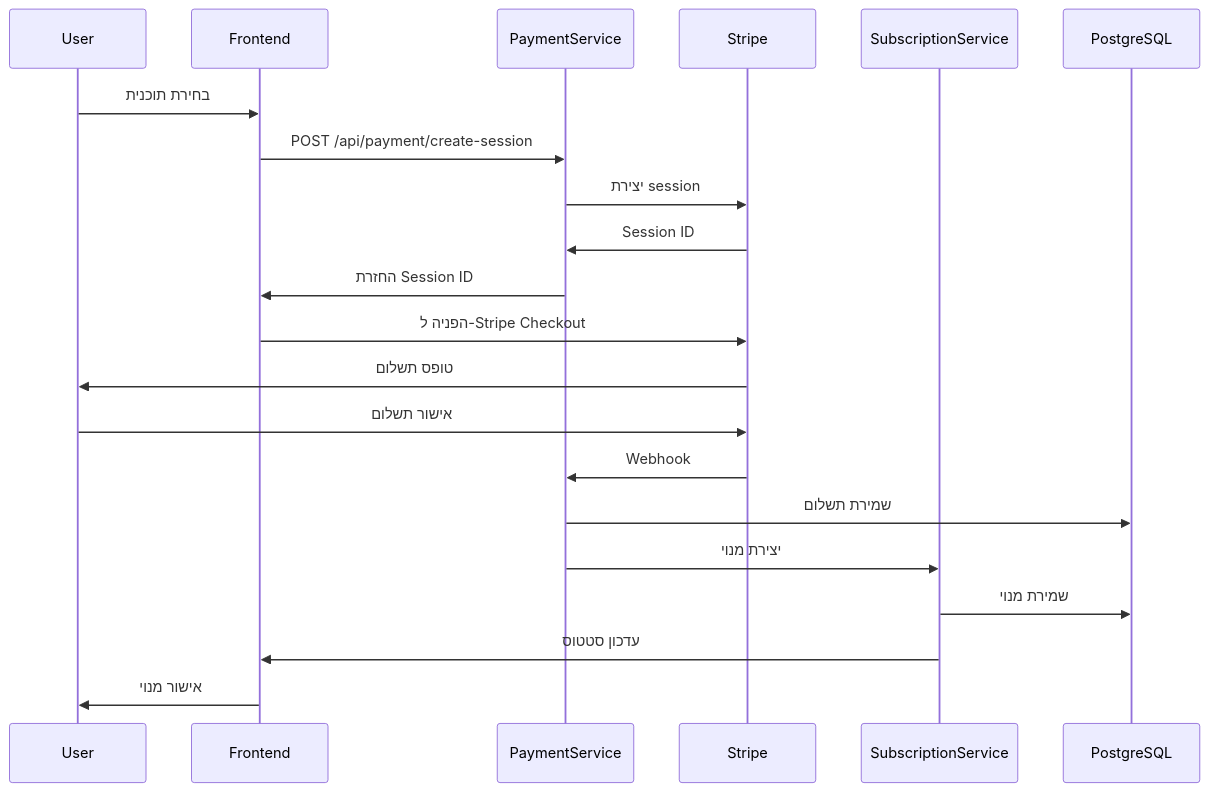
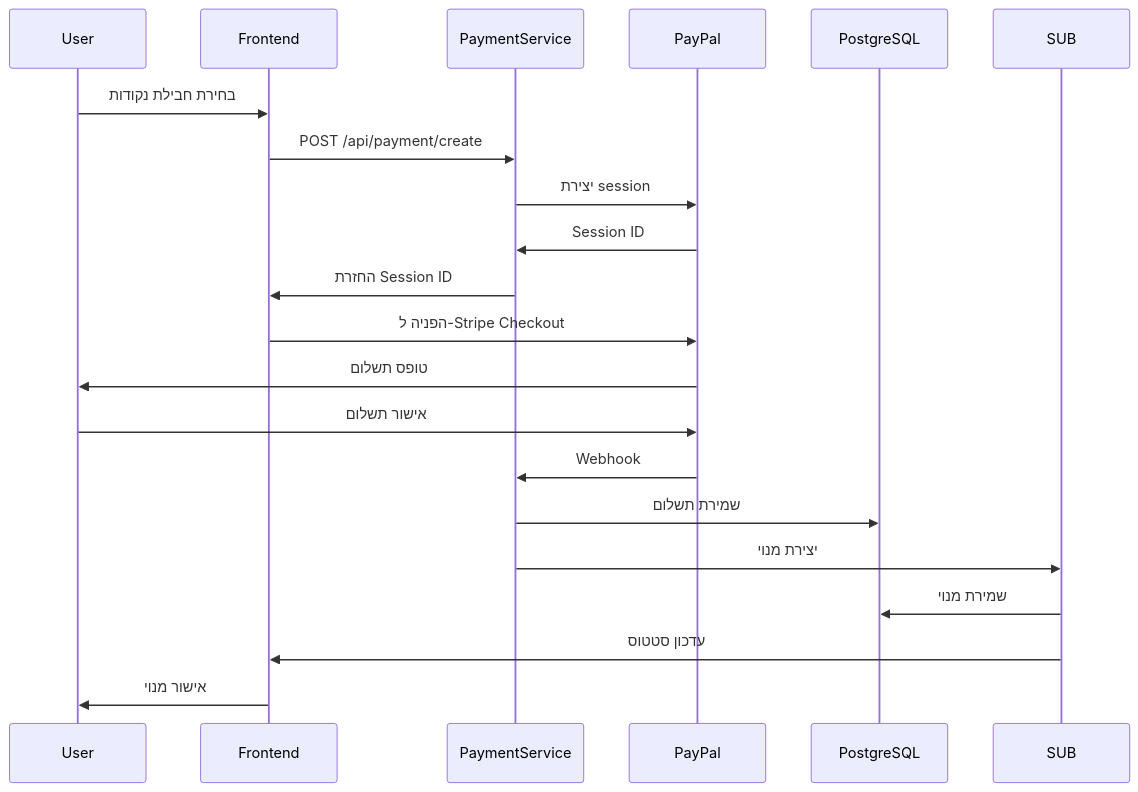
One commit to IsraelRub/EveryTriv changed diagram 17 of 28 in docs/DIAGRAMS.md. Above: the diagram before and after it, drawn with Mermaid. The commit also changed other lines of this file and 789 other files, not shown here.

````diff
--- a/docs/DIAGRAMS.md
+++ b/docs/DIAGRAMS.md
@@ -1134,24 +1093,23 @@
 ```mermaid
 sequenceDiagram
     participant U as User
     participant F as Frontend
     participant P as PaymentService
-    participant S as Stripe
-    participant SUB as SubscriptionService
+    participant S as PayPal
     participant DB as PostgreSQL
 
-    U->>F: בחירת תוכנית
-    F->>P: POST /api/payment/create-session
+    U->>F: בחירת חבילת נקודות
+    F->>P: POST /api/payment/create
     P->>S: יצירת session
     S->>P: Session ID
     P->>F: החזרת Session ID
     F->>S: הפניה ל-Stripe Checkout
     S->>U: טופס תשלום
     U->>S: אישור תשלום
     S->>P: Webhook
     P->>DB: שמירת תשלום
     P->>SUB: יצירת מנוי
     SUB->>DB: שמירת מנוי
     SUB->>F: עדכון סטטוס
     F->>U: אישור מנוי
 ```
````
